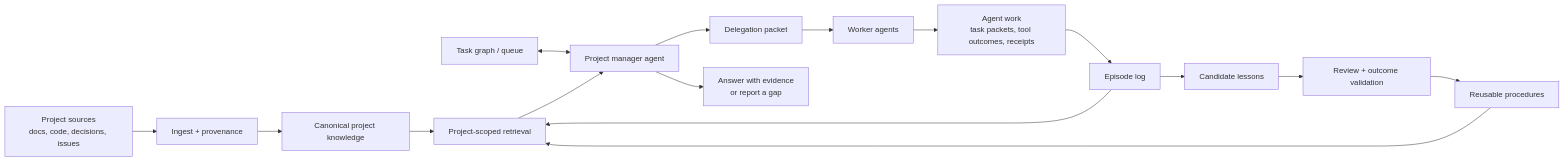
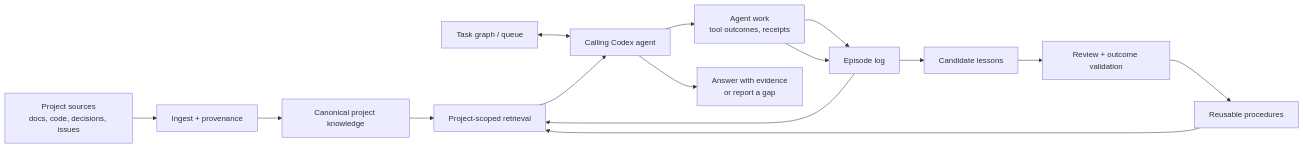
One commit to contraliz/agentmem changed the first of 2 diagrams in RESEARCH-PLAN.md. Above: the diagram before and after it, drawn with Mermaid. The commit also changed other lines of this file and 10 other files, not shown here.

````diff
--- a/RESEARCH-PLAN.md
+++ b/RESEARCH-PLAN.md
@@ -42,18 +44,17 @@
 ```mermaid
 flowchart LR
   S[Project sources<br/>docs, code, decisions, issues] --> I[Ingest + provenance]
-  W[Agent work<br/>task packets, tool outcomes, receipts] --> E[Episode log]
+  W[Agent work<br/>tool outcomes, receipts] --> E[Episode log]
   I --> K[Canonical project knowledge]
   E --> L[Candidate lessons]
   L --> V[Review + outcome validation]
   V --> P[Reusable procedures]
   K --> R[Project-scoped retrieval]
   E --> R
   P --> R
-  T[Task graph / queue] <--> PM[Project manager agent]
+  T[Task graph / queue] <--> PM[Calling Codex agent]
   R --> PM
-  PM --> D[Delegation packet]
-  D --> A[Worker agents]
-  A --> W
+  PM --> W
+  W[Agent work<br/>tool outcomes, receipts] --> E
   PM --> Q[Answer with evidence<br/>or report a gap]
 ```
````
